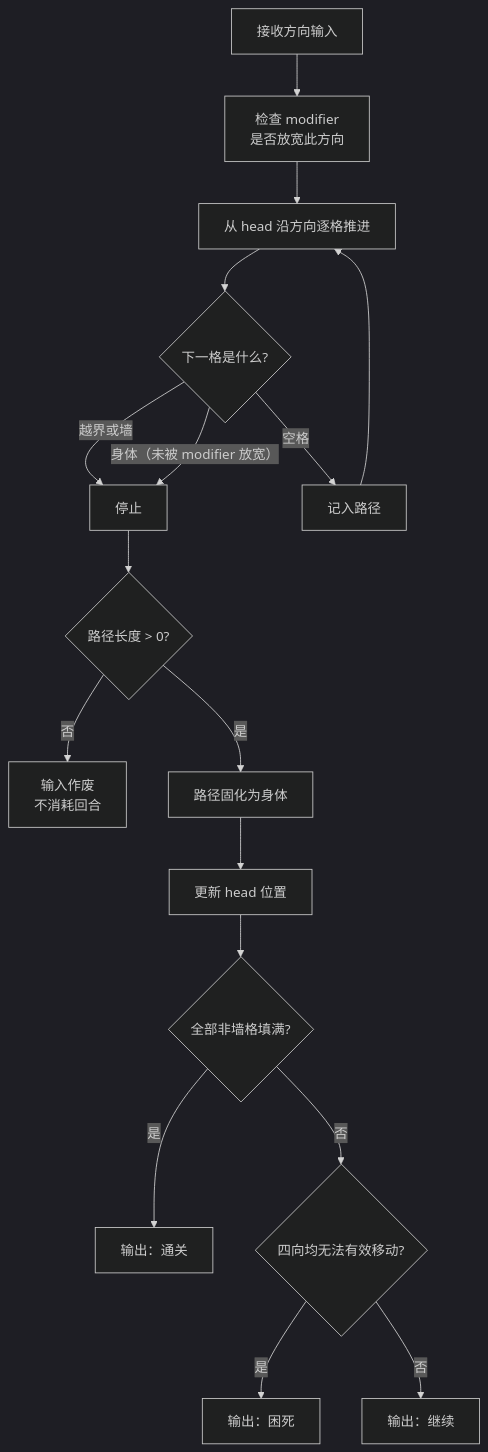
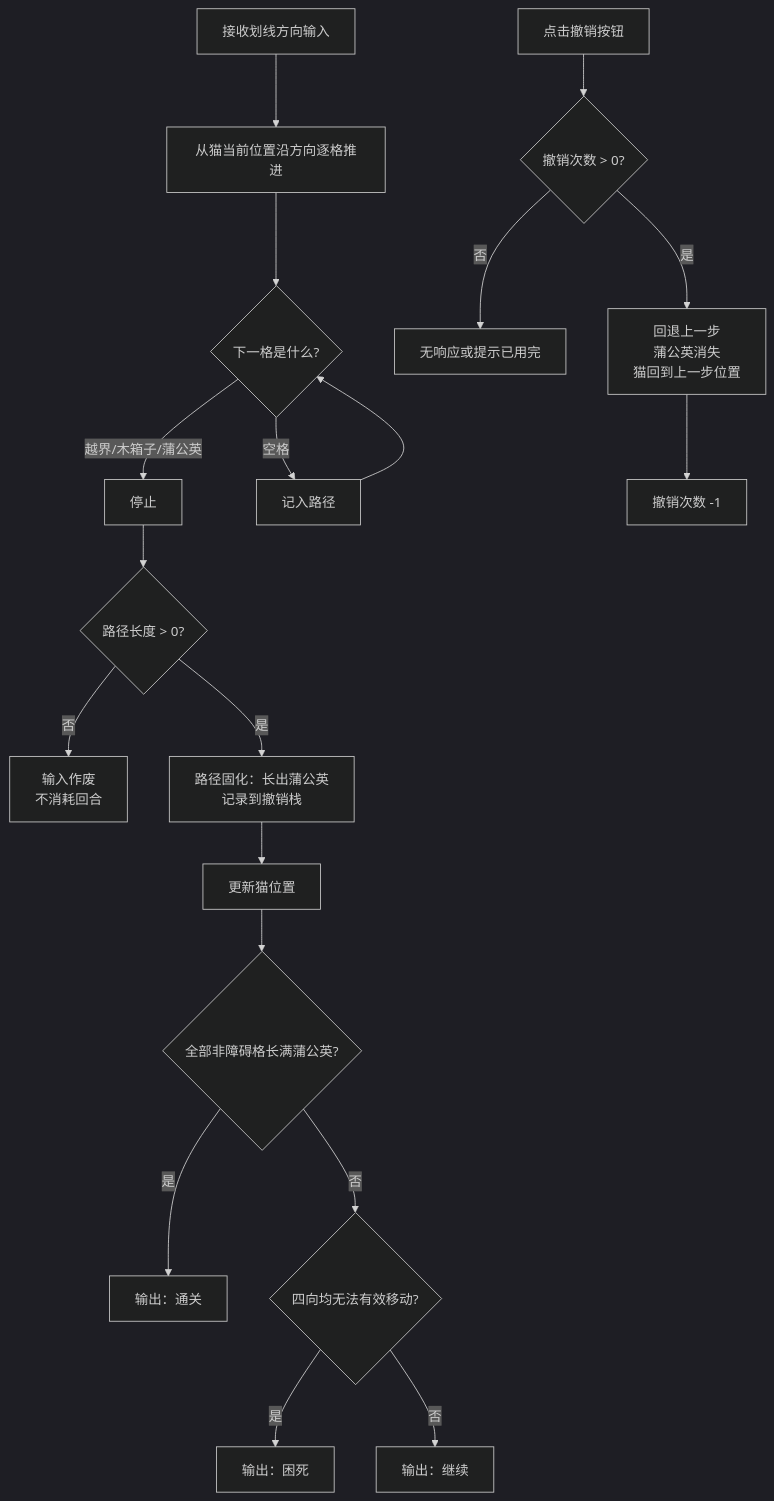
The diagram in #PROJECT/longcat/GDD/03_systems/S01_slide_core/design.md (orsonHuang/ai_test), drawn with Mermaid (dark theme) before and after one commit. The commit also changed other lines of this file and 15 other files, not shown here.

````diff
--- a/#PROJECT/longcat/GDD/03_systems/S01_slide_core/design.md
+++ b/#PROJECT/longcat/GDD/03_systems/S01_slide_core/design.md
@@ -38,19 +36,22 @@
 ```mermaid
 flowchart TD
-  A["接收方向输入"] --> B["检查 modifier<br/>是否放宽此方向"]
-  B --> C["从 head 沿方向逐格推进"]
-  C --> D{"下一格是什么?"}
-  D -- 越界或墙 --> E["停止"]
-  D -- 身体（未被 modifier 放宽） --> E
-  D -- 空格 --> F["记入路径"]
+  A["接收划线方向输入"] --> B["从猫当前位置沿方向逐格推进"]
+  B --> C{"下一格是什么?"}
+  C -- 越界/木箱子/蒲公英 --> E["停止"]
+  C -- 空格 --> F["记入路径"]
   F --> C
   E --> G{"路径长度 > 0?"}
   G -- 否 --> H["输入作废<br/>不消耗回合"]
-  G -- 是 --> I["路径固化为身体"]
-  I --> J["更新 head 位置"]
-  J --> K{"全部非墙格填满?"}
+  G -- 是 --> I["路径固化：长出蒲公英<br/>记录到撤销栈"]
+  I --> J["更新猫位置"]
+  J --> K{"全部非障碍格长满蒲公英?"}
   K -- 是 --> L["输出：通关"]
   K -- 否 --> M{"四向均无法有效移动?"}
   M -- 是 --> N["输出：困死"]
   M -- 否 --> O["输出：继续"]
+  
+  P["点击撤销按钮"] --> Q{"撤销次数 > 0?"}
+  Q -- 否 --> R["无响应或提示已用完"]
+  Q -- 是 --> S["回退上一步<br/>蒲公英消失<br/>猫回到上一步位置"]
+  S --> T["撤销次数 -1"]
 ```
````
